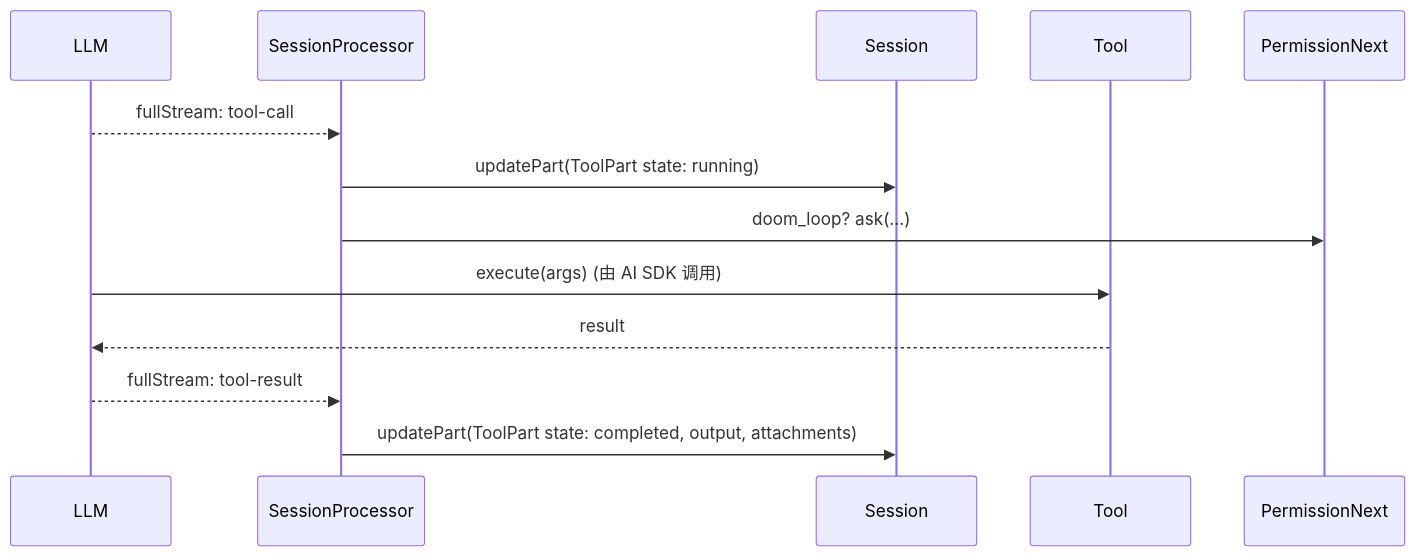
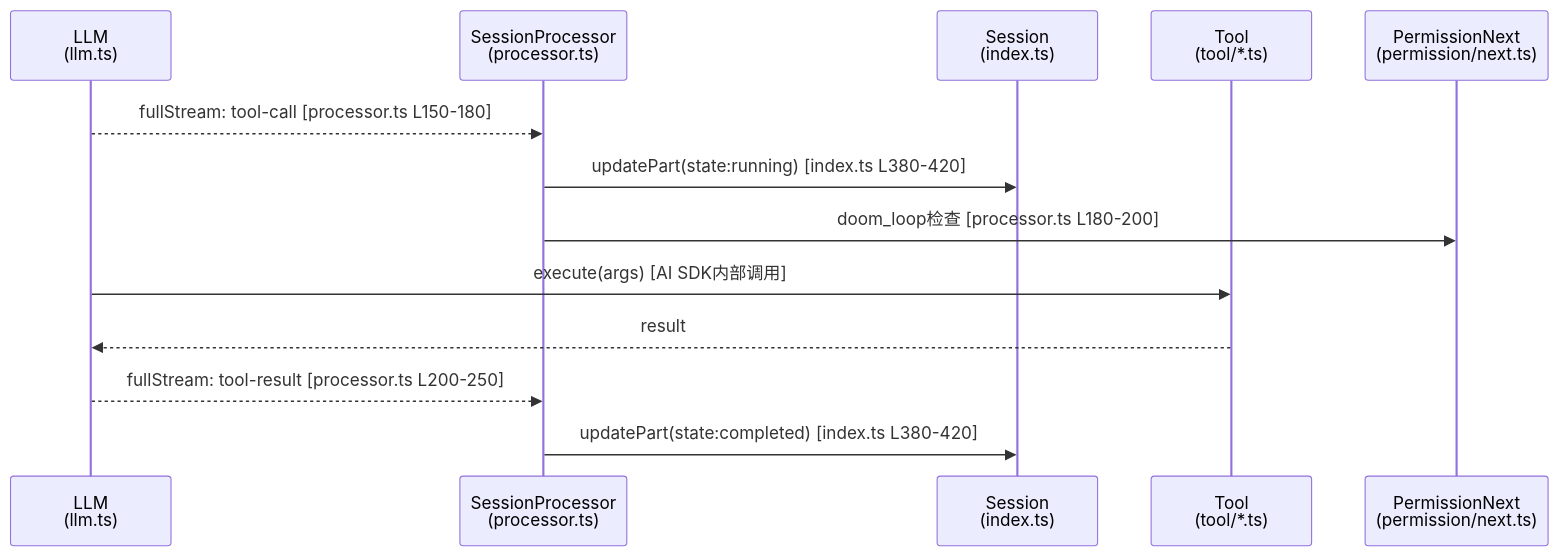
One commit to dolibali/opencode changed the third of 6 diagrams in packages/opencode/src/session/SESSION_MODULE_ANALYSIS.md. Above: the diagram before and after it, drawn with Mermaid. The commit also changed other lines of this file and 2 other files, not shown here.

Commit message:
Add session module md

````diff
--- a/packages/opencode/src/session/SESSION_MODULE_ANALYSIS.md
+++ b/packages/opencode/src/session/SESSION_MODULE_ANALYSIS.md
@@ -325,17 +325,17 @@
 ```mermaid
 sequenceDiagram
-  participant LLM
-  participant SessionProcessor
-  participant Session
-  participant Tool
-  participant PermissionNext
+  participant LLM as LLM<br/>(llm.ts)
+  participant SessionProcessor as SessionProcessor<br/>(processor.ts)
+  participant Session as Session<br/>(index.ts)
+  participant Tool as Tool<br/>(tool/*.ts)
+  participant PermissionNext as PermissionNext<br/>(permission/next.ts)
 
-  LLM-->>SessionProcessor: fullStream: tool-call
-  SessionProcessor->>Session: updatePart(ToolPart state: running)
-  SessionProcessor->>PermissionNext: doom_loop? ask(...)
+  LLM-->>SessionProcessor: fullStream: tool-call [processor.ts L150-180]
+  SessionProcessor->>Session: updatePart(state:running) [index.ts L380-420]
+  SessionProcessor->>PermissionNext: doom_loop检查 [processor.ts L180-200]
 
-  LLM->>Tool: execute(args)  (由 AI SDK 调用)
+  LLM->>Tool: execute(args) [AI SDK内部调用]
   Tool-->>LLM: result
-  LLM-->>SessionProcessor: fullStream: tool-result
-  SessionProcessor->>Session: updatePart(ToolPart state: completed, output, attachments)
+  LLM-->>SessionProcessor: fullStream: tool-result [processor.ts L200-250]
+  SessionProcessor->>Session: updatePart(state:completed) [index.ts L380-420]
 ```
````
